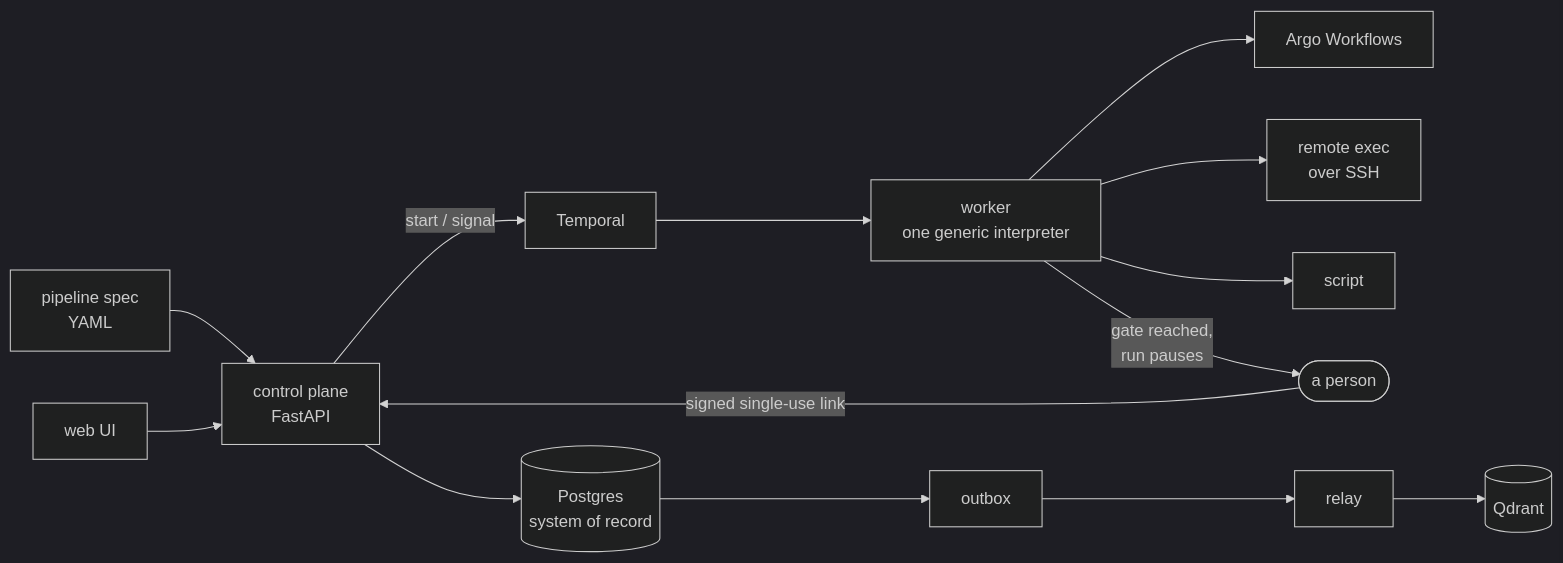
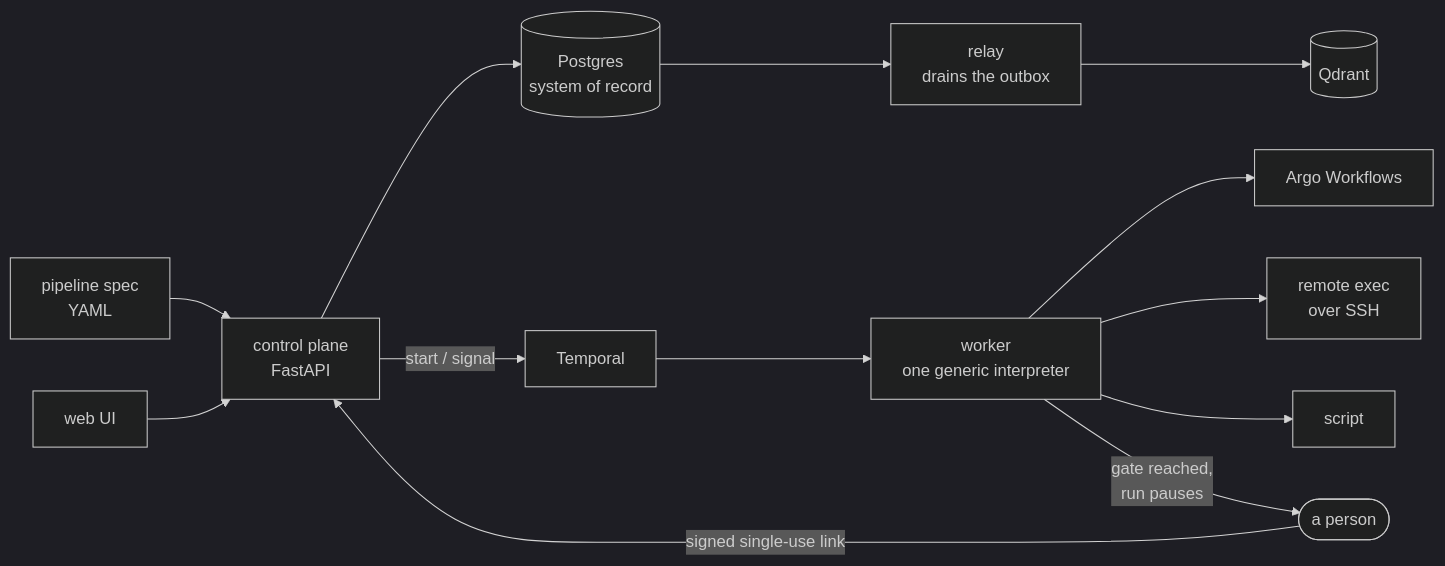
The first of 2 diagrams in README.md (SaiPisey2/nightorder), drawn with Mermaid (dark theme) before and after one commit.

Commit message:
shorten the audit chain in the diagram so it fits

````diff
--- a/README.md
+++ b/README.md
@@ -25,19 +25,19 @@
 ```mermaid
 flowchart LR
     SPEC["pipeline spec<br/>YAML"] --> API
     UI["web UI"] --> API
 
     API["control plane<br/>FastAPI"] --> DB[("Postgres<br/>system of record")]
     API -- "start / signal" --> TEMPORAL["Temporal"]
 
     TEMPORAL --> WORKER["worker<br/>one generic interpreter"]
 
     WORKER --> ARGO["Argo Workflows"]
     WORKER --> SSH["remote exec<br/>over SSH"]
     WORKER --> SCRIPT["script"]
 
     WORKER -- "gate reached,<br/>run pauses" --> PERSON(["a person"])
     PERSON -- "signed single-use link" --> API
 
-    DB --> OUTBOX["outbox"] --> RELAY["relay"] --> QDRANT[("Qdrant")]
+    DB --> RELAY["relay<br/>drains the outbox"] --> QDRANT[("Qdrant")]
 ```
````
